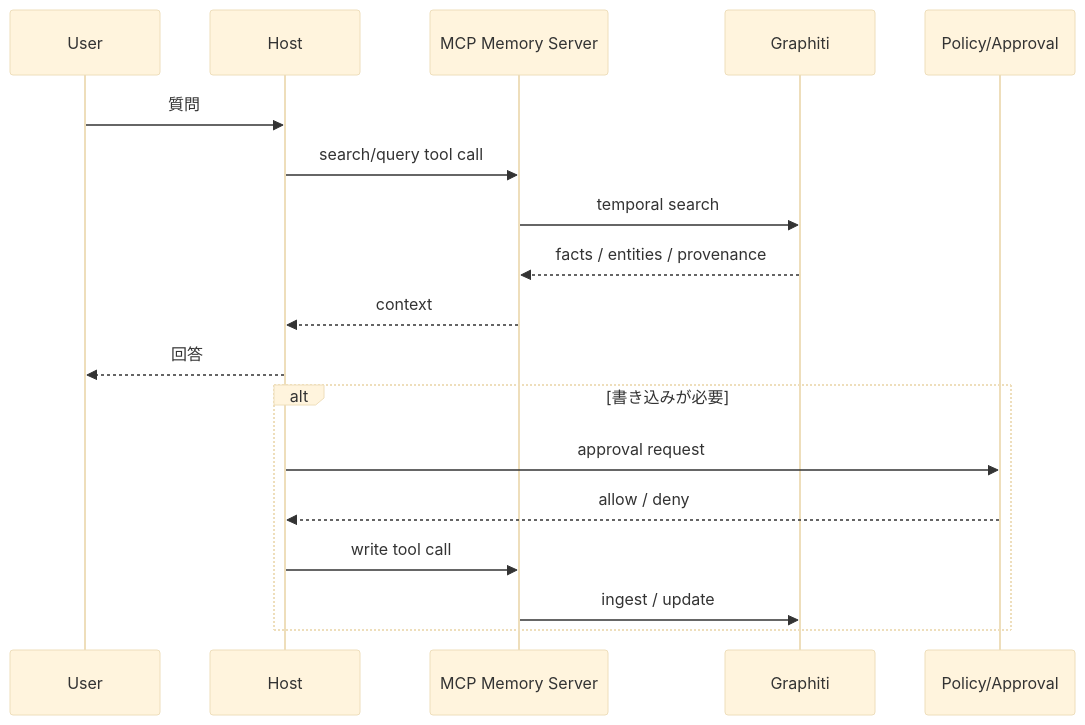
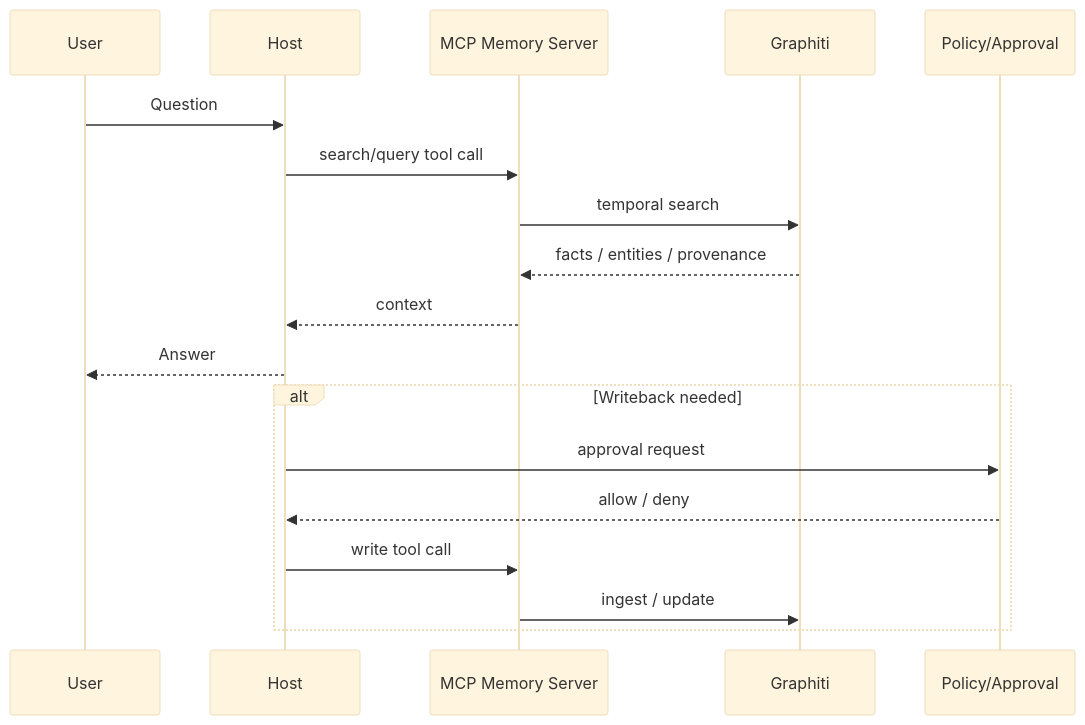
The third of 5 diagrams in content/blog/en/graphiti-mcp-memory.mdx (daylight55/research), drawn with Mermaid (base theme) before and after one commit. The commit also changed other lines of this file and 26 other files, not shown here.

Commit message:
Translate English Mermaid labels

````diff
--- a/content/blog/en/graphiti-mcp-memory.mdx
+++ b/content/blog/en/graphiti-mcp-memory.mdx
@@ -89,21 +89,21 @@
 ```mermaid
 sequenceDiagram
   participant U as User
   participant H as Host
   participant M as MCP Memory Server
   participant G as Graphiti
   participant P as Policy/Approval
 
-  U->>H: 質問
+  U->>H: Question
   H->>M: search/query tool call
   M->>G: temporal search
   G-->>M: facts / entities / provenance
   M-->>H: context
-  H-->>U: 回答
-  alt 書き込みが必要
+  H-->>U: Answer
+  alt Writeback needed
     H->>P: approval request
     P-->>H: allow / deny
     H->>M: write tool call
     M->>G: ingest / update
   end
 ```
````
